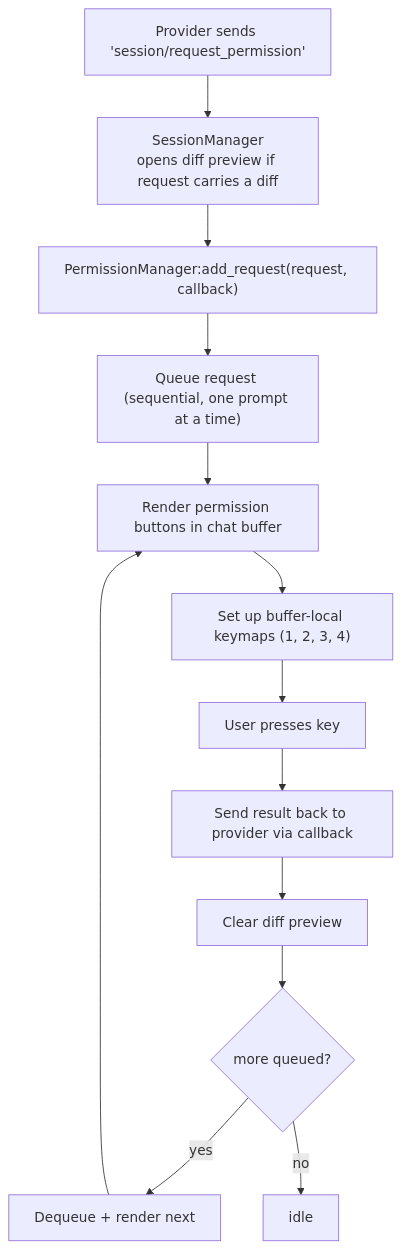
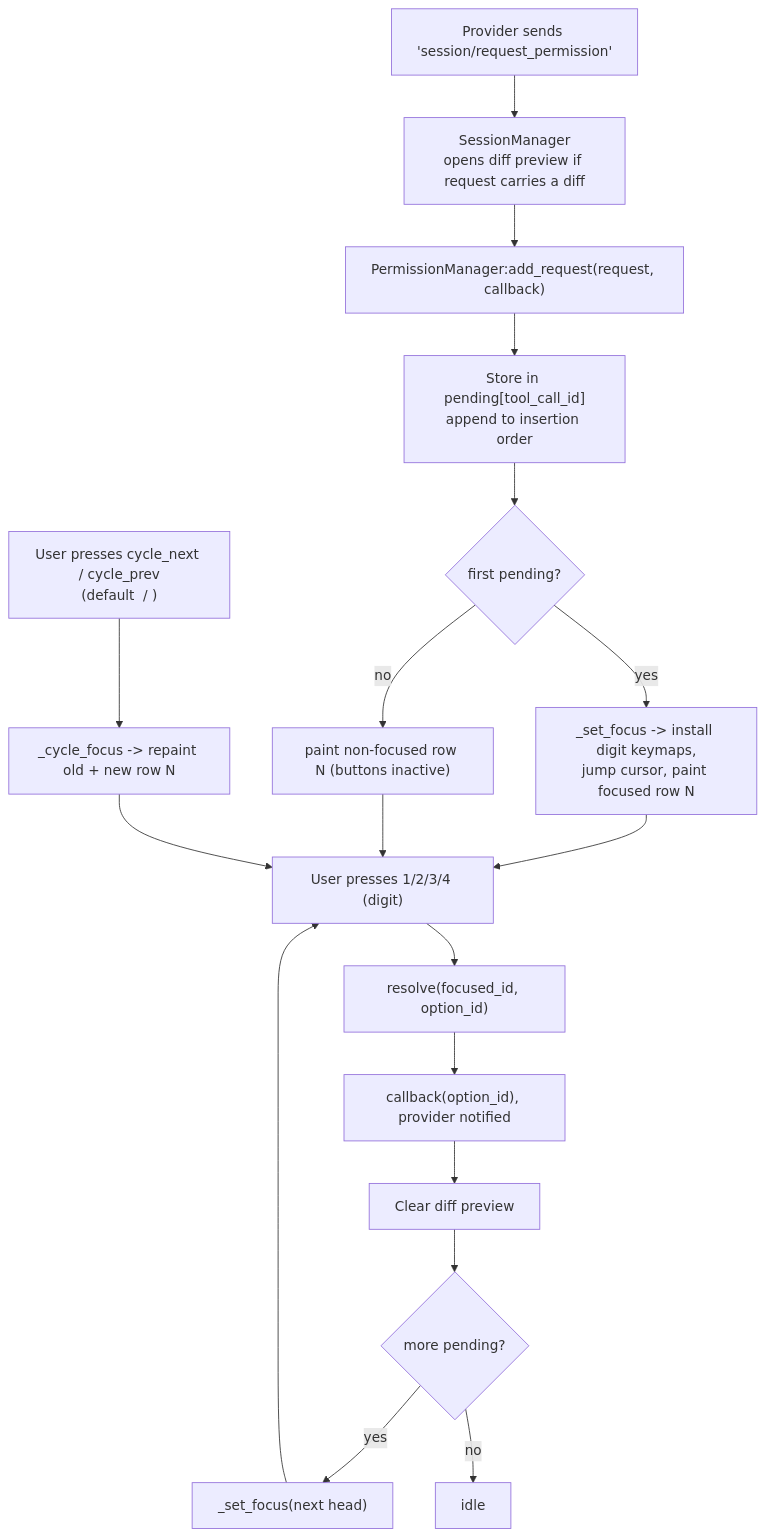
The seventh of 7 diagrams in lua/agentic/acp/AGENTS.md (carlos-algms/agentic.nvim), drawn with Mermaid before and after one commit. The commit also changed other lines of this file and 11 other files, not shown here.

Commit message:
feat: new permission request button layout

````diff
--- a/lua/agentic/acp/AGENTS.md
+++ b/lua/agentic/acp/AGENTS.md
@@ -324,21 +324,29 @@
 ```mermaid
 flowchart TD
     P["Provider sends 'session/request_permission'"]
     SM["SessionManager<br/>opens diff preview if request carries a diff"]
     PM["PermissionManager:add_request(request, callback)"]
-    Q["Queue request (sequential, one prompt at a time)"]
-    R["Render permission buttons in chat buffer"]
-    K["Set up buffer-local keymaps (1, 2, 3, 4)"]
-    U["User presses key"]
-    CB["Send result back to provider via callback"]
+    Store["Store in pending[tool_call_id]<br/>append to insertion order"]
+    F{"first pending?"}
+    Focus["_set_focus -> install digit keymaps,<br/>jump cursor, paint focused row N"]
+    Paint["paint non-focused row N (buttons inactive)"]
+    U["User presses 1/2/3/4 (digit)"]
+    Cyc["User presses cycle_next / cycle_prev<br/>(default <C-n> / <C-p>)"]
+    Cycle["_cycle_focus -> repaint old + new row N"]
+    Res["resolve(focused_id, option_id)"]
+    CB["callback(option_id), provider notified"]
     Clear["Clear diff preview"]
-    Next{"more queued?"}
-    Deq["Dequeue + render next"]
+    Next{"more pending?"}
+    Adv["_set_focus(next head)"]
     Done["idle"]
 
-    P --> SM --> PM
-    PM --> Q --> R --> K --> U
-    U --> CB --> Clear --> Next
-    Next -->|yes| Deq --> R
+    P --> SM --> PM --> Store --> F
+    F -->|yes| Focus
+    F -->|no| Paint
+    Focus --> U
+    Paint --> U
+    U --> Res --> CB --> Clear --> Next
+    Next -->|yes| Adv --> U
     Next -->|no| Done
+    Cyc --> Cycle --> U
 ```
````
